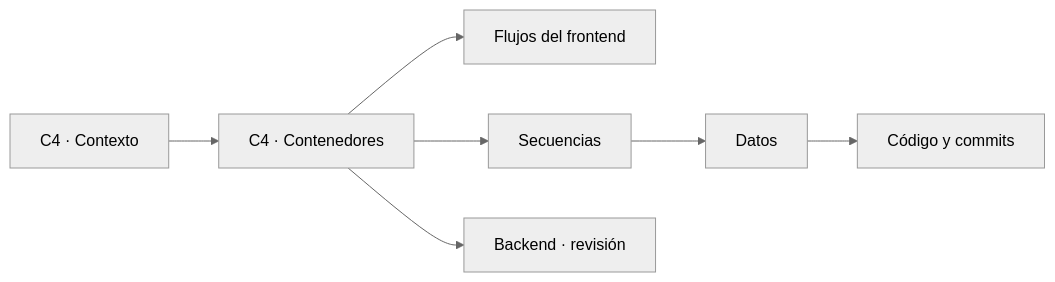
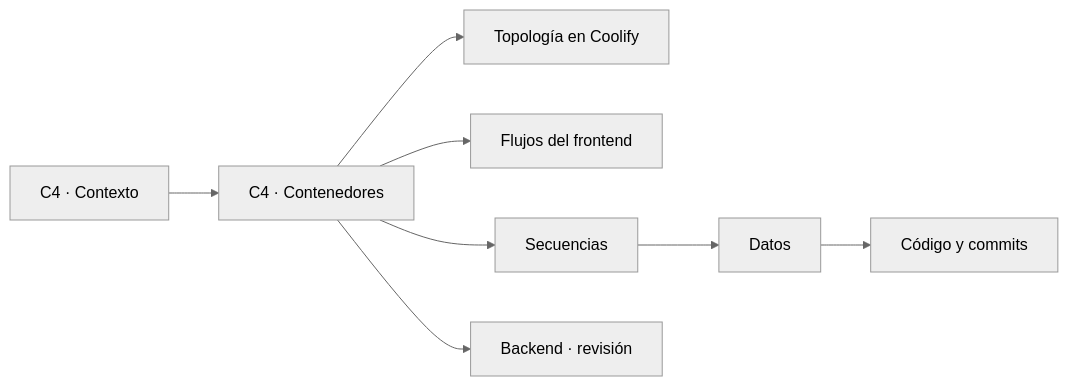
Before and after one commit to gagonzalez1/puntazo-docs: the diagram in docs/00-overview.md, drawn with Mermaid (neutral theme). The commit also changed other lines of this file and 3 other files, not shown here.

Commit message:
docs: add deployed Coolify topology overview

````diff
--- a/docs/00-overview.md
+++ b/docs/00-overview.md
@@ -19,25 +19,28 @@
 ```mermaid
 flowchart LR
     CTX["C4 · Contexto"]
     CNT["C4 · Contenedores"]
+    DEP["Topología en Coolify"]
     FEF["Flujos del frontend"]
     SEQ["Secuencias"]
     DATA["Datos"]
     REF["Código y commits"]
     BE["Backend · revisión"]
 
     CTX --> CNT
+    CNT --> DEP
     CNT --> BE
     CNT --> FEF
     CNT --> SEQ
     SEQ --> DATA
     DATA --> REF
 
     click CTX href "#/c4-context" "Abrir contexto"
     click CNT href "#/c4-containers" "Abrir contenedores"
+    click DEP href "#/coolify-deployment-topology" "Abrir despliegues en Coolify"
     click FEF href "#/frontend-flows" "Abrir flujos"
     click SEQ href "#/sequences" "Abrir secuencias"
     click DATA href "#/data-current" "Abrir datos"
     click REF href "#/documented-commits" "Abrir referencias"
     click BE href "#/backend-review-index" "Abrir revisión del backend"
 ```
````
